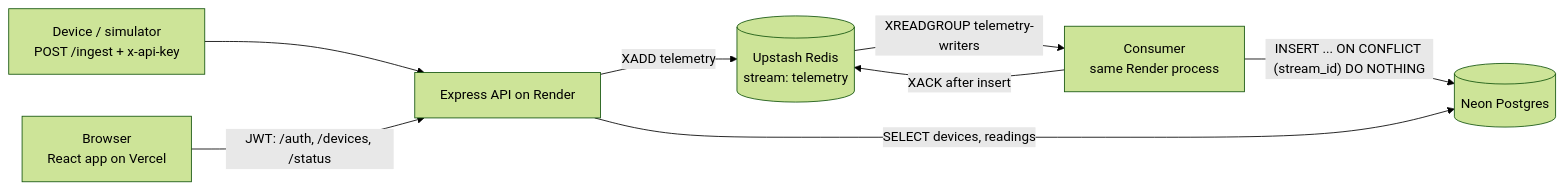
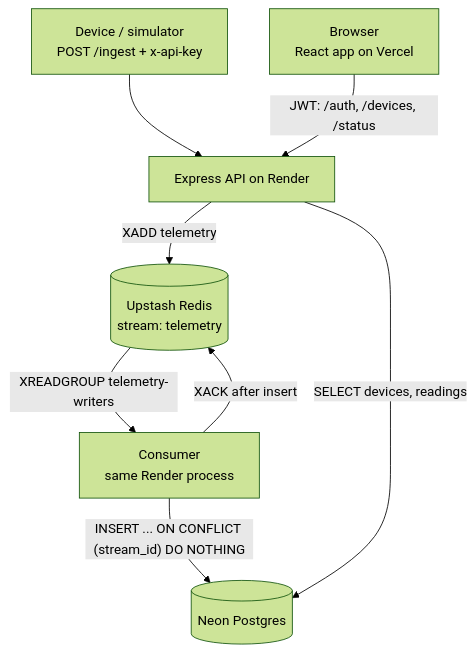
Before and after one commit to Aash55/iot-fleet-monitor: the diagram in README.md, drawn with Mermaid (forest theme). The commit also changed other lines of this file and 2 other files, not shown here.

Commit message:
docs: add screenshots, top-down diagram and how to run tests

````diff
--- a/README.md
+++ b/README.md
@@ -15,10 +26,10 @@
 ```mermaid
-flowchart LR
+flowchart TD
     D["Device / simulator<br/>POST /ingest + x-api-key"] --> API
     B["Browser<br/>React app on Vercel"] -- "JWT: /auth, /devices, /status" --> API
     API["Express API on Render"] -- "XADD telemetry" --> R[("Upstash Redis<br/>stream: telemetry")]
     R -- "XREADGROUP telemetry-writers" --> C["Consumer<br/>same Render process"]
+    C -- "XACK after insert" --> R
     C -- "INSERT ... ON CONFLICT (stream_id) DO NOTHING" --> P[("Neon Postgres")]
-    C -- "XACK after insert" --> R
     API -- "SELECT devices, readings" --> P
 ```
````
